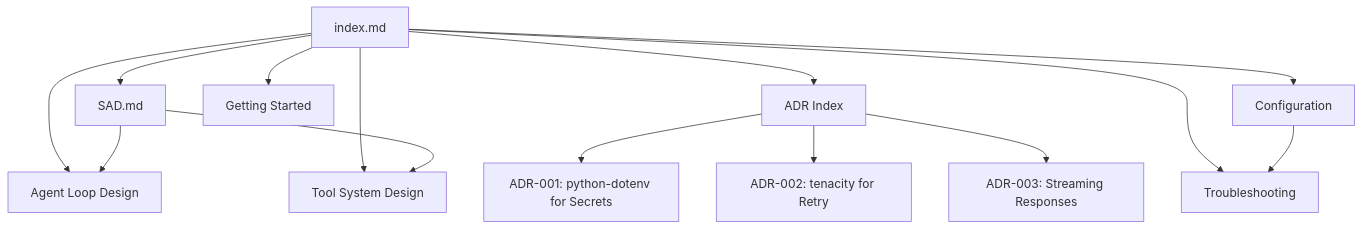
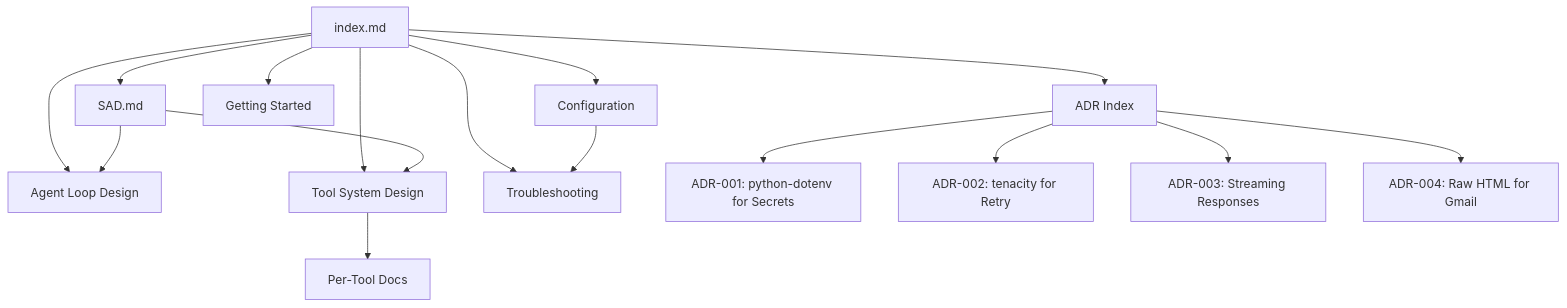
Before and after one commit to StephenDenisEdwards/micro-x-agent-loop-python: the diagram in documentation/docs/index.md, drawn with Mermaid. The commit also changed 13 other files, not shown here.

First line of the commit message:
Add per-tool docs, ADR-004 raw HTML for Gmail, and thinking spinner

````diff
--- a/documentation/docs/index.md
+++ b/documentation/docs/index.md
@@ -27,18 +27,20 @@
 ```mermaid
 graph TD
     INDEX[index.md] --> SAD[SAD.md]
     INDEX --> ADR[ADR Index]
     INDEX --> DESIGN1[Agent Loop Design]
     INDEX --> DESIGN2[Tool System Design]
     INDEX --> OPS1[Getting Started]
     INDEX --> OPS2[Configuration]
     INDEX --> OPS3[Troubleshooting]
 
     ADR --> ADR001[ADR-001: python-dotenv for Secrets]
     ADR --> ADR002[ADR-002: tenacity for Retry]
     ADR --> ADR003[ADR-003: Streaming Responses]
+    ADR --> ADR004[ADR-004: Raw HTML for Gmail]
 
     SAD --> DESIGN1
     SAD --> DESIGN2
+    DESIGN2 --> TOOLS[Per-Tool Docs]
     OPS2 --> OPS3
 ```
````
